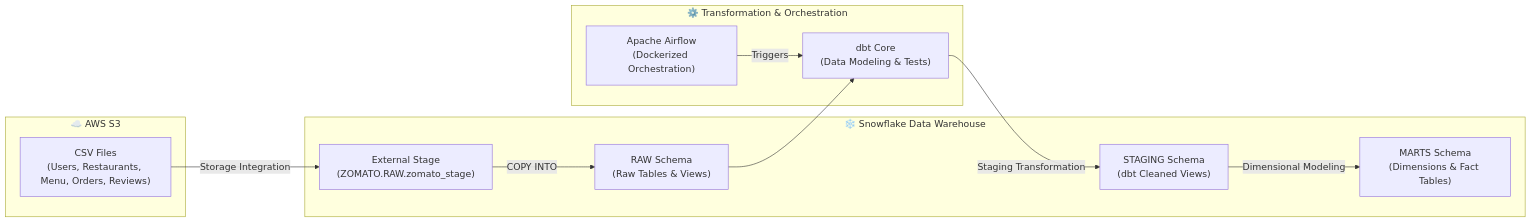
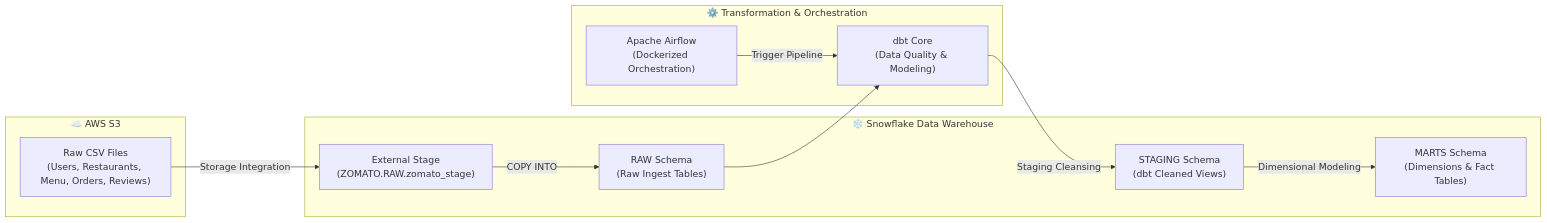
The diagram in zomato-pipeline/README.md (suvendusahani145-wq/snowflake-snowpark-dbt-lab-suvendu), drawn with Mermaid before and after one commit. The commit also changed other lines of this file and 1 other file, not shown here.

Commit message:
docs: enhance README files with technology rationale, custom tests, architecture diagrams, and setup steps

````diff
--- a/zomato-pipeline/README.md
+++ b/zomato-pipeline/README.md
@@ -9,25 +27,25 @@
 ```mermaid
 flowchart LR
     subgraph Storage ["☁️ AWS S3"]
-        CSV["CSV Files\n(Users, Restaurants, Menu, Orders, Reviews)"]
+        CSV["Raw CSV Files\n(Users, Restaurants, Menu, Orders, Reviews)"]
     end
 
     subgraph Snowflake ["❄️ Snowflake Data Warehouse"]
         Stage["External Stage\n(ZOMATO.RAW.zomato_stage)"]
-        Raw["RAW Schema\n(Raw Tables & Views)"]
+        Raw["RAW Schema\n(Raw Ingest Tables)"]
         Staging["STAGING Schema\n(dbt Cleaned Views)"]
         Marts["MARTS Schema\n(Dimensions & Fact Tables)"]
     end
 
     subgraph Orchestration ["⚙️ Transformation & Orchestration"]
         Airflow["Apache Airflow\n(Dockerized Orchestration)"]
-        DBT["dbt Core\n(Data Modeling & Tests)"]
+        DBT["dbt Core\n(Data Quality & Modeling)"]
     end
 
     CSV -->|Storage Integration| Stage
     Stage -->|COPY INTO| Raw
-    Airflow -->|Triggers| DBT
+    Airflow -->|Trigger Pipeline| DBT
     Raw --> DBT
-    DBT -->|Staging Transformation| Staging
+    DBT -->|Staging Cleansing| Staging
     Staging -->|Dimensional Modeling| Marts
 ```
````
